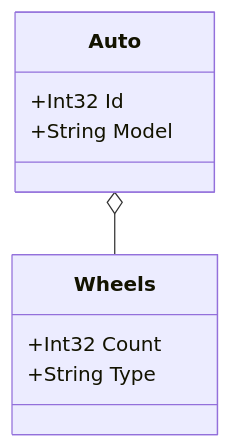
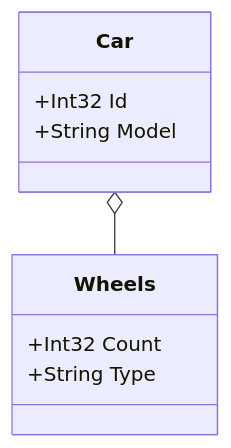
Before and after one commit to jespervandijk/mermaid-class-diagram-generator: the diagram in README.md, drawn with Mermaid. The commit also changed other lines of this file, not shown here.

````diff
--- a/README.md
+++ b/README.md
@@ -98,14 +98,14 @@
 ```mermaid
 classDiagram
-class Auto{
+class Car{
   +Int32 Id
   +String Model
 }
 
 class Wheels{
   +Int32 Count
   +String Type
 }
 
-Auto o-- Wheels
+Car o-- Wheels
 ```
````
